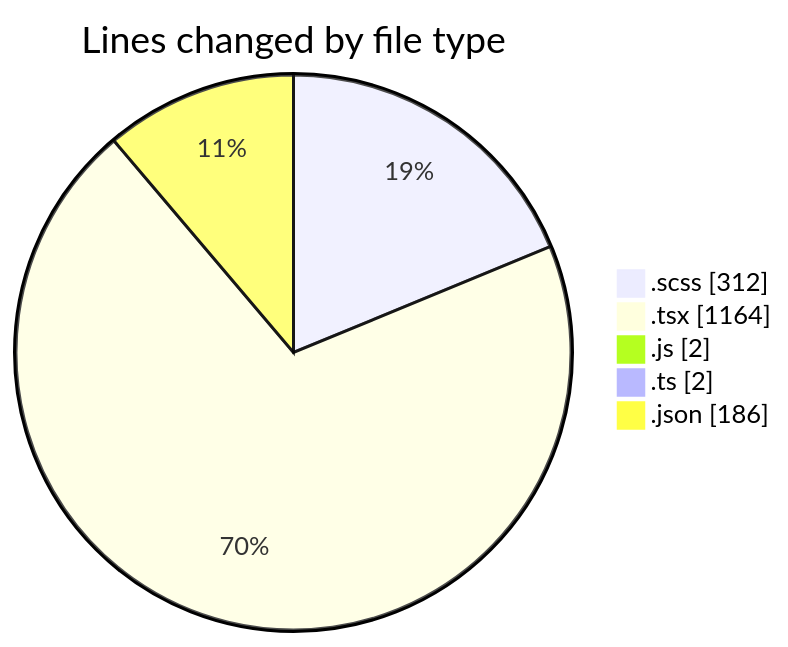
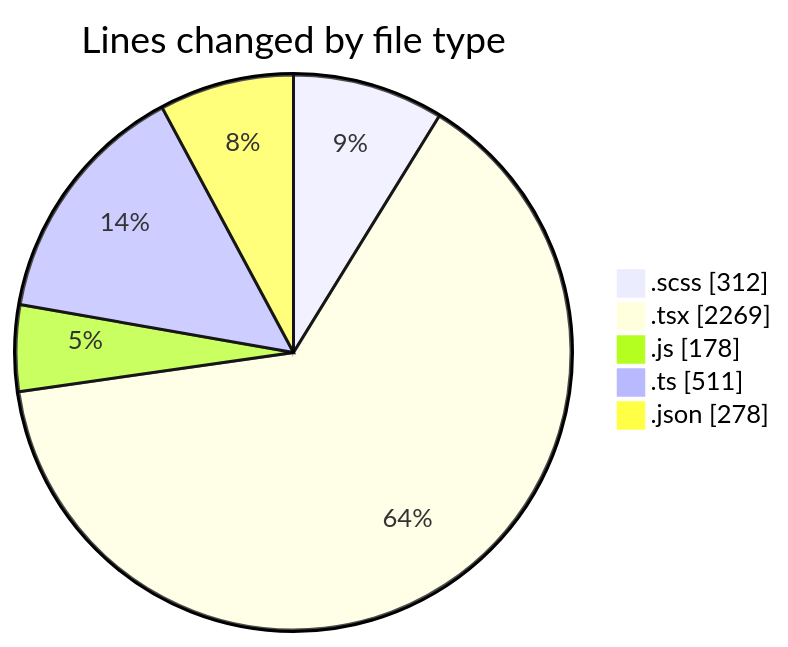
The first of 2 diagrams in 2026-08-10/cda/README.md (momahboobian/code-tracking), drawn with Mermaid before and after one commit. The commit also changed other lines of this file and 1 other file, not shown here.

````diff
--- a/2026-08-10/cda/README.md
+++ b/2026-08-10/cda/README.md
@@ -29,9 +32,9 @@
 ```mermaid
 pie showData
 title Lines changed by file type
 ".scss" : 312
-".tsx" : 1164
-".js" : 2
-".ts" : 2
-".json" : 186
+".tsx" : 2269
+".js" : 178
+".ts" : 511
+".json" : 278
 ```
````
